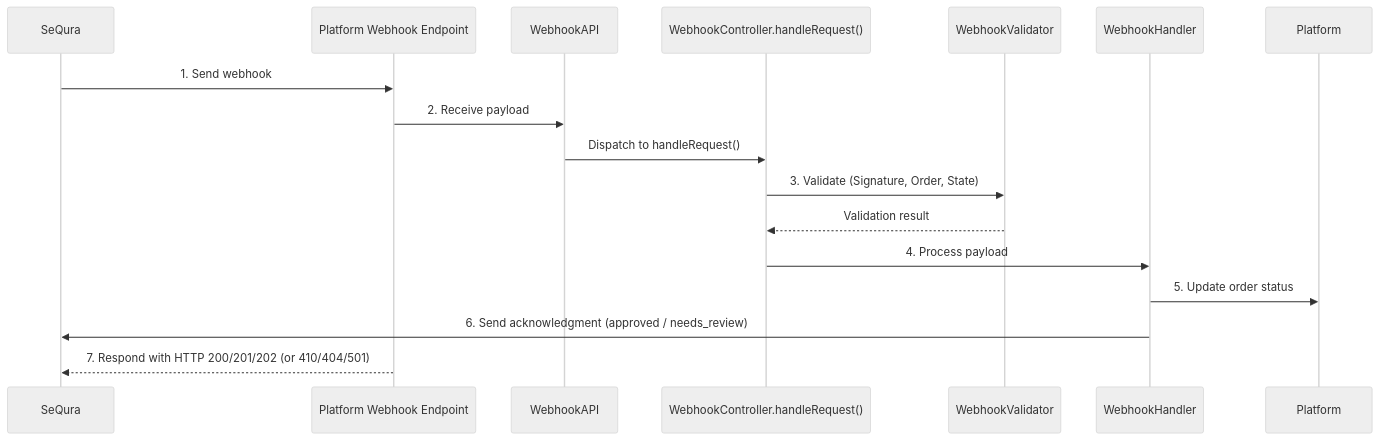
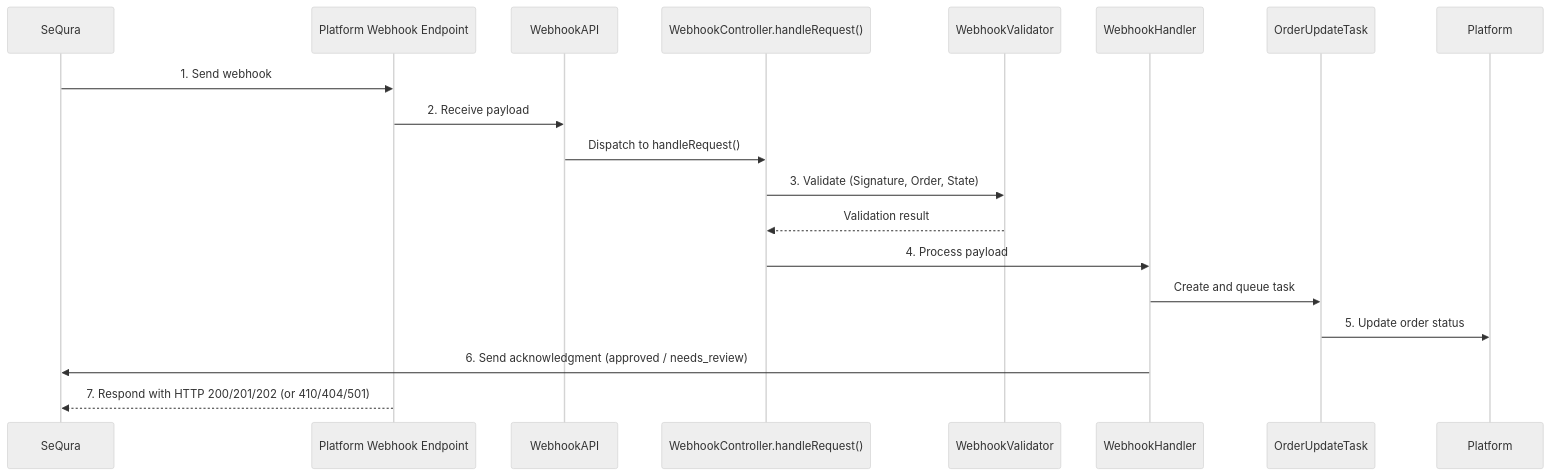
Before and after one commit to sequra/integration-core: the second of 3 diagrams in README.md, drawn with Mermaid (neutral theme). The commit also changed other lines of this file and 103 other files, not shown here.

````diff
--- a/README.md
+++ b/README.md
@@ -1230,20 +1232,22 @@
 ```mermaid
 sequenceDiagram
     participant SeQura
     participant PlatformEndpoint as Platform Webhook Endpoint
     participant WebhookAPI
     participant WebhookController as WebhookController.handleRequest()
     participant WebhookValidator
     participant WebhookHandler
+    participant OrderUpdateTask
     participant Platform
 
     SeQura->>PlatformEndpoint: 1. Send webhook
     PlatformEndpoint->>WebhookAPI: 2. Receive payload
     WebhookAPI->>WebhookController: Dispatch to handleRequest()
     WebhookController->>WebhookValidator: 3. Validate (Signature, Order, State)
     WebhookValidator-->>WebhookController: Validation result
     WebhookController->>WebhookHandler: 4. Process payload
-    WebhookHandler->>Platform: 5. Update order status
+    WebhookHandler->>OrderUpdateTask: Create and queue task
+    OrderUpdateTask->>Platform: 5. Update order status
     WebhookHandler->>SeQura: 6. Send acknowledgment (approved / needs_review)
     PlatformEndpoint-->>SeQura: 7. Respond with HTTP 200/201/202 (or 410/404/501)
 ```
````
